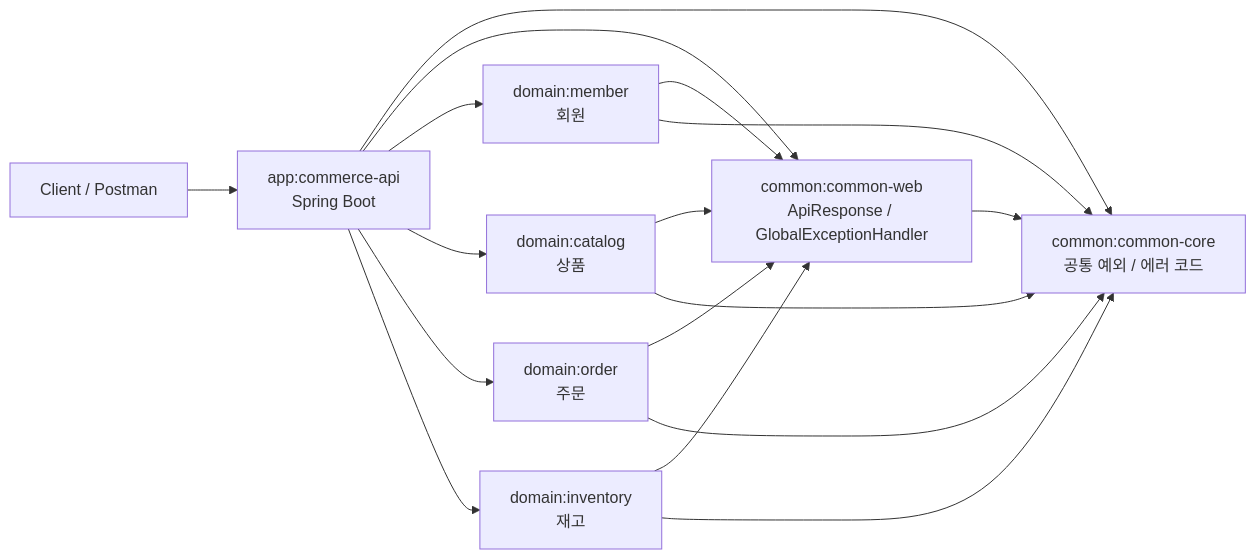
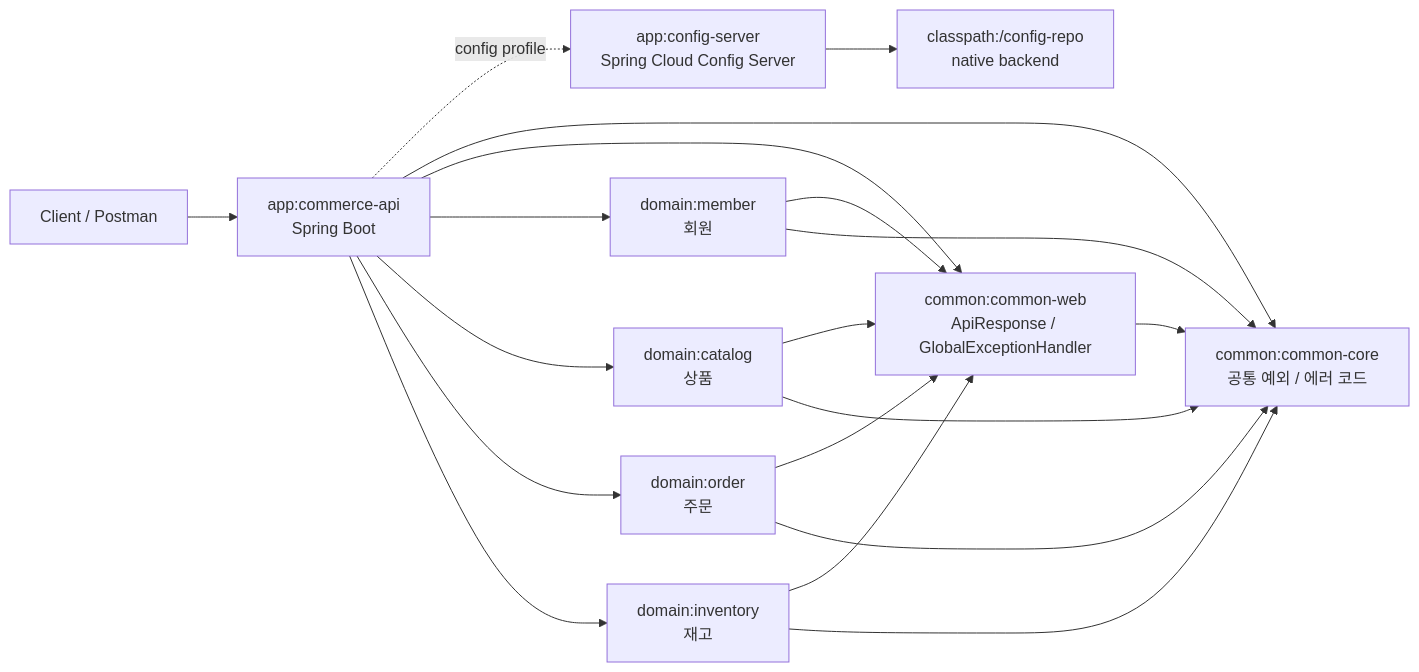
The first of 3 diagrams in README.md (dongyongChoi/toy-commerce-platform), drawn with Mermaid before and after one commit. The commit also changed other lines of this file and 18 other files, not shown here.

Commit message:
feat: Spring Cloud Config 서버와 클라이언트 추가

````diff
--- a/README.md
+++ b/README.md
@@ -28,21 +31,23 @@
 ```mermaid
 flowchart LR
     Client["Client / Postman"] --> API["app:commerce-api<br/>Spring Boot"]
+    API -. config profile .-> CONFIG["app:config-server<br/>Spring Cloud Config Server"]
 
     API --> CC["common:common-core<br/>공통 예외 / 에러 코드"]
     API --> CW["common:common-web<br/>ApiResponse / GlobalExceptionHandler"]
     API --> MEMBER["domain:member<br/>회원"]
     API --> CATALOG["domain:catalog<br/>상품"]
     API --> ORDER["domain:order<br/>주문"]
     API --> INVENTORY["domain:inventory<br/>재고"]
 
     CW --> CC
     MEMBER --> CW
     MEMBER --> CC
     CATALOG --> CW
     CATALOG --> CC
     ORDER --> CW
     ORDER --> CC
     INVENTORY --> CW
     INVENTORY --> CC
+    CONFIG --> CONFIG_REPO["classpath:/config-repo<br/>native backend"]
 ```
````
